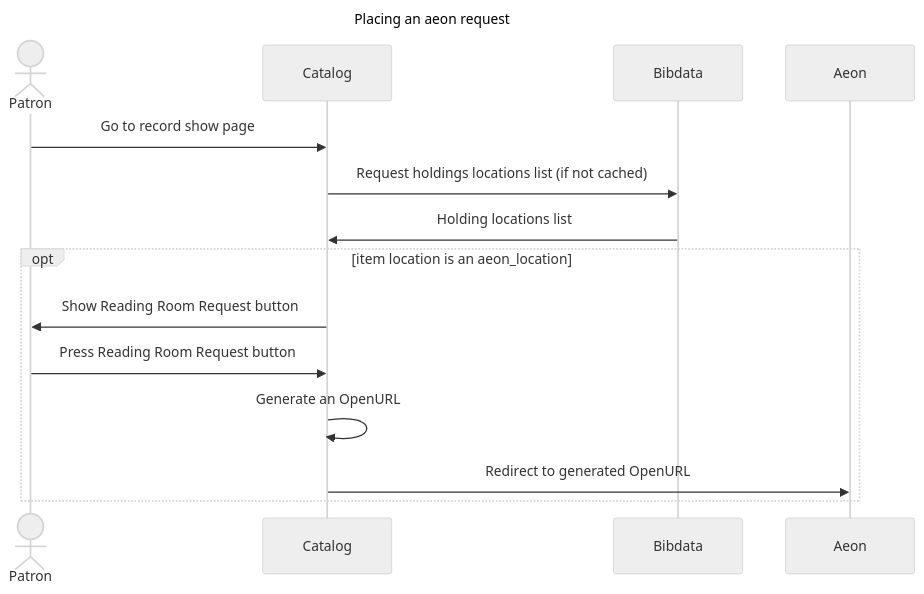
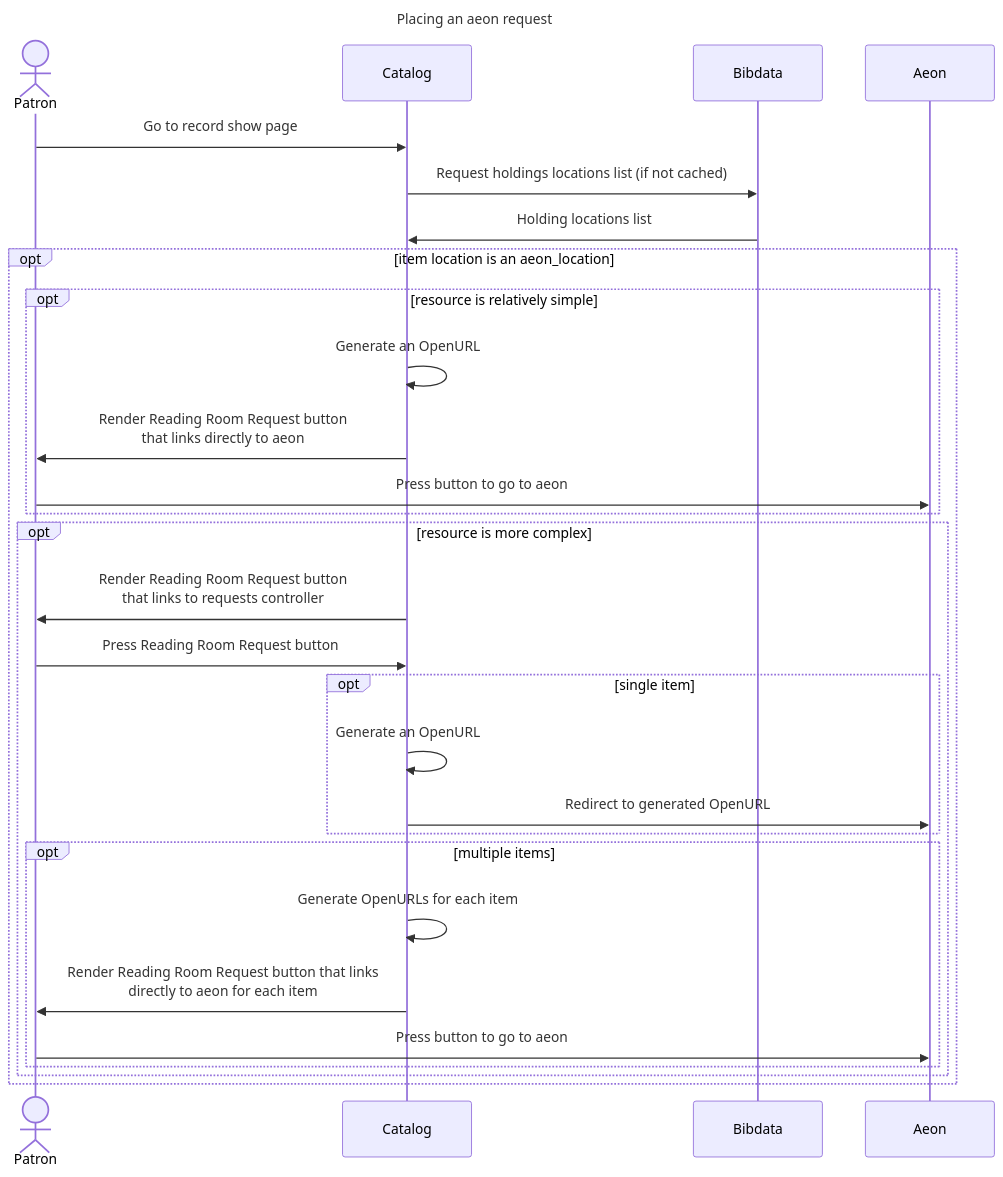
The diagram in docs/requests/aeon.md (pulibrary/orangelight), drawn with Mermaid before and after one commit. The commit also changed other lines of this file, not shown here.

First line of the commit message:
Update Aeon diagram

````diff
--- a/docs/requests/aeon.md
+++ b/docs/requests/aeon.md
@@ -1,15 +25,28 @@
 ```mermaid
 sequenceDiagram
-%%{init: {'theme': 'neutral'}}%%
     title Placing an aeon request
     actor patron as Patron
     patron->>Catalog: Go to record show page
     Catalog->>Bibdata: Request holdings locations list (if not cached)
     Bibdata->>Catalog: Holding locations list
     opt item location is an aeon_location
-      Catalog->>patron: Show Reading Room Request button
-      patron->>Catalog: Press Reading Room Request button
-      Catalog->>Catalog: Generate an OpenURL
-      Catalog->>Aeon: Redirect to generated OpenURL
+      opt resource is relatively simple
+        Catalog->>Catalog: Generate an OpenURL
+        Catalog->>patron: Render Reading Room Request button<br>that links directly to aeon
+        patron->>Aeon: Press button to go to aeon
+      end
+      opt resource is more complex
+        Catalog->>patron: Render Reading Room Request button<br>that links to requests controller
+        patron->>Catalog: Press Reading Room Request button
+        opt single item
+          Catalog->>Catalog: Generate an OpenURL
+          Catalog->>Aeon: Redirect to generated OpenURL
+        end
+        opt multiple items
+          Catalog->>Catalog: Generate OpenURLs for each item
+          Catalog->>patron: Render Reading Room Request button that links<br>directly to aeon for each item
+          patron->>Aeon: Press button to go to aeon
+        end
+      end
     end
 ```
````
